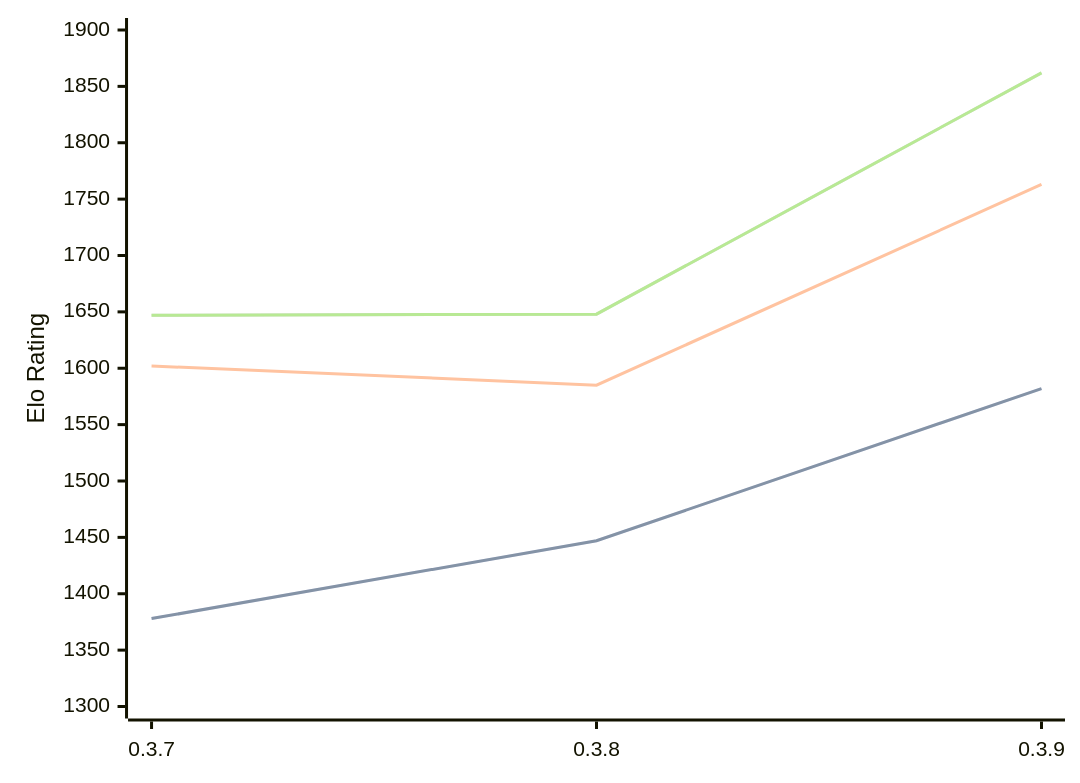
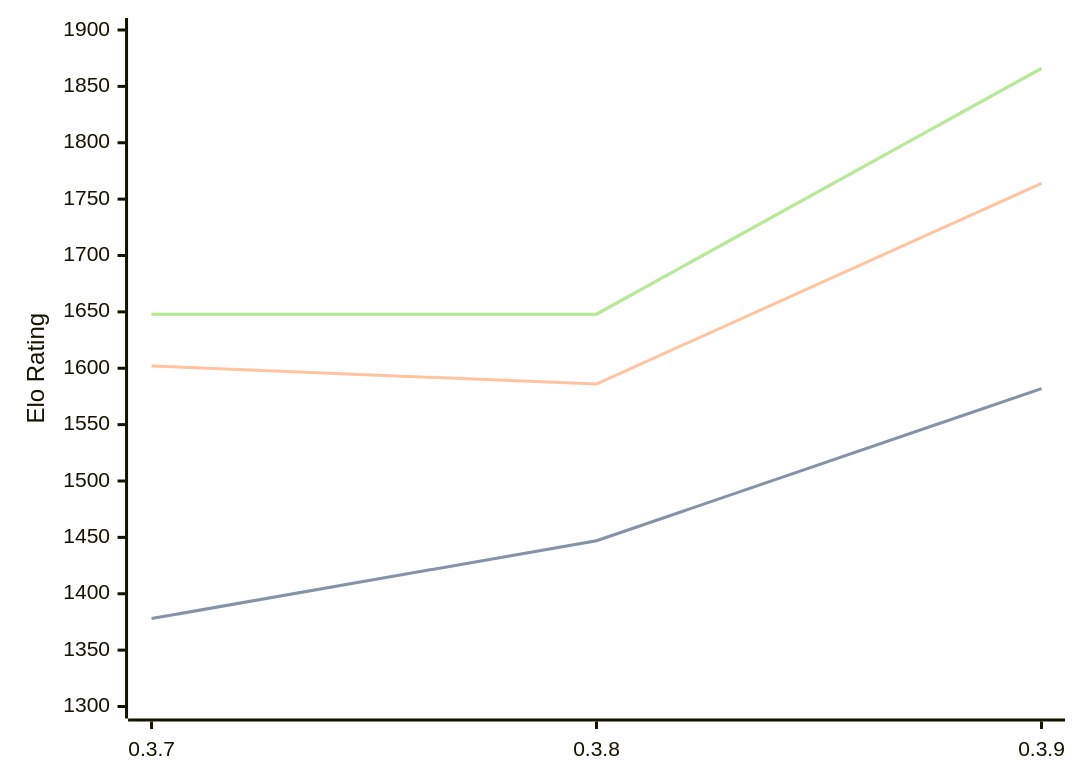
The diagram in engines/Arche.md (computer-chess-index/cci), drawn with Mermaid before and after one commit. The commit also changed other lines of this file, not shown here.

Commit message:
Update CCI Ratings (ELO VLTC) - 2026-08-15

````diff
--- a/engines/Arche.md
+++ b/engines/Arche.md
@@ -33,11 +33,11 @@
 ```mermaid
 %%{init: {"theme":"base","themeVariables":{"seriesColors:['#a3a3a3','#222221','#faa371']}}}%%
 xychart-beta
   x-axis ["0.3.7", "0.3.8", "0.3.9"]
   y-axis "Elo Rating" 1300 --> 1900
   line "STC (8.0+0.08s)" [1378, 1447, 1582]
   line "STC (8.0+0.08s)" [1378, 1447, 1582]
-  line "LTC (60.0+0.60s)" [1602, 1585, 1763]
-  line "VLTC (2m24s+1.12s)" [1647, 1648, 1862]
-  line "VLTC (2m24s+1.12s)" [1647, 1648, 1862]
+  line "LTC (60.0+0.60s)" [1602, 1586, 1764]
+  line "VLTC (2m24s+1.12s)" [1648, 1648, 1866]
+  line "VLTC (2m24s+1.12s)" [1648, 1648, 1866]
 ```
````
